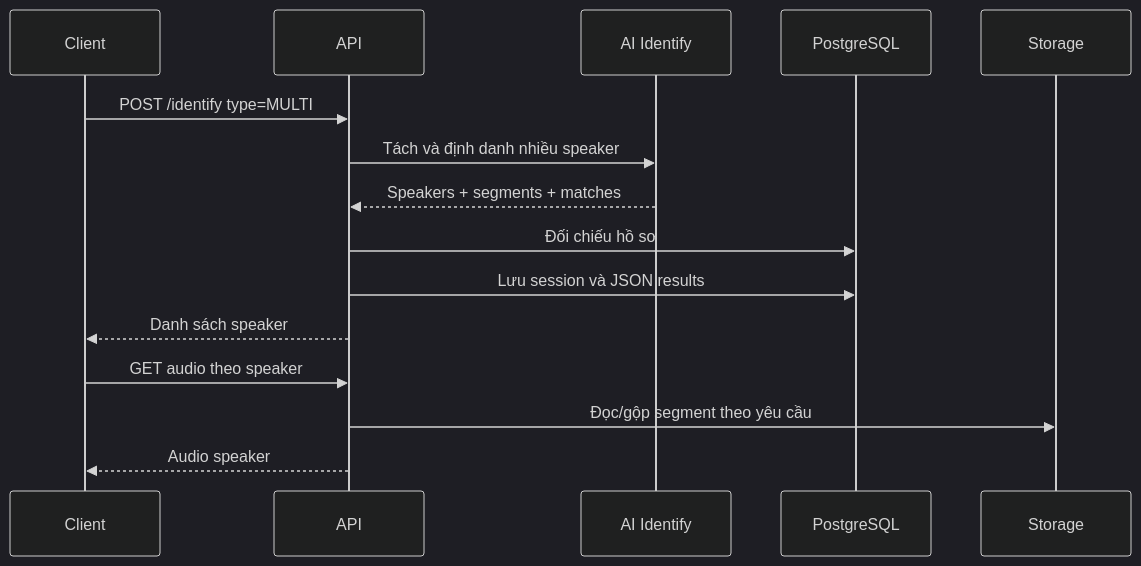
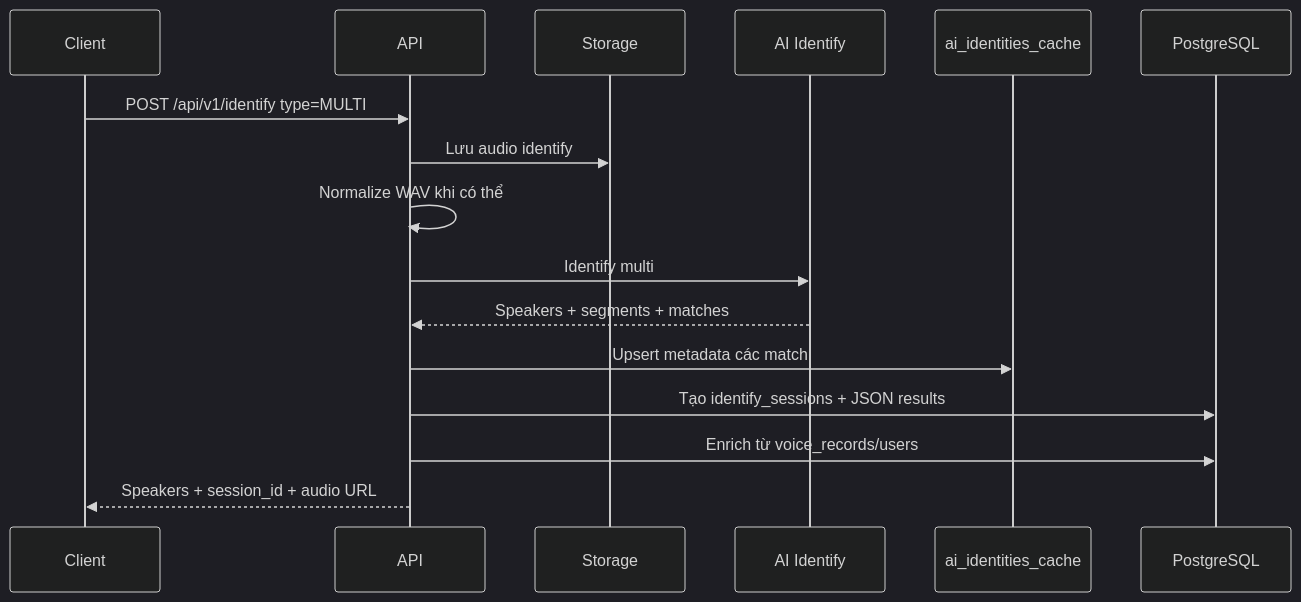
Before and after one commit to SSIT-joint-stock/identify-voice-base: the ninth of 29 diagrams in docs/architecture/data-flow.md, drawn with Mermaid (dark theme). The commit also changed other lines of this file and 1 other file, not shown here.

Commit message:
docs: enhance data flow documentation with detailed coverage matrix and pipeline overview

````diff
--- a/docs/architecture/data-flow.md
+++ b/docs/architecture/data-flow.md
@@ -113,18 +288,19 @@
 ```mermaid
 sequenceDiagram
     participant C as Client
     participant A as API
+    participant S as Storage
     participant AI as AI Identify
+    participant Cache as ai_identities_cache
     participant D as PostgreSQL
-    participant S as Storage
 
-    C->>A: POST /identify type=MULTI
-    A->>AI: Tách và định danh nhiều speaker
+    C->>A: POST /api/v1/identify type=MULTI
+    A->>S: Lưu audio identify
+    A->>A: Normalize WAV khi có thể
+    A->>AI: Identify multi
     AI-->>A: Speakers + segments + matches
-    A->>D: Đối chiếu hồ sơ
-    A->>D: Lưu session và JSON results
-    A-->>C: Danh sách speaker
-    C->>A: GET audio theo speaker
-    A->>S: Đọc/gộp segment theo yêu cầu
-    A-->>C: Audio speaker
+    A->>Cache: Upsert metadata các match
+    A->>D: Tạo identify_sessions + JSON results
+    A->>D: Enrich từ voice_records/users
+    A-->>C: Speakers + session_id + audio URL
 ```
````
